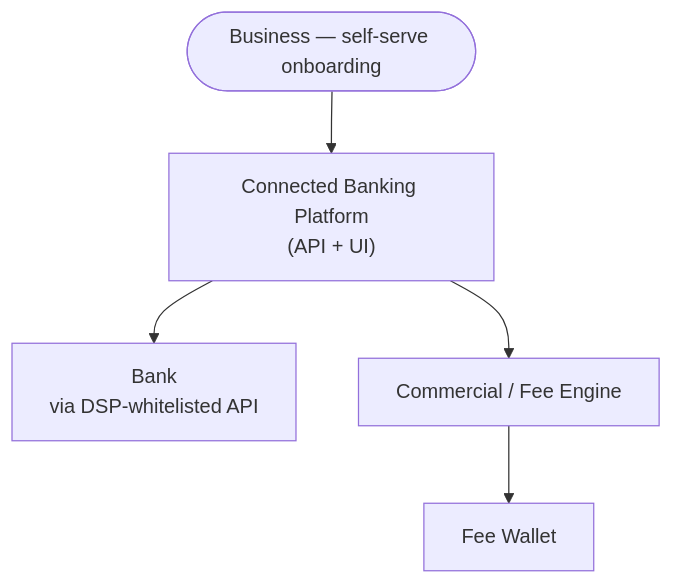
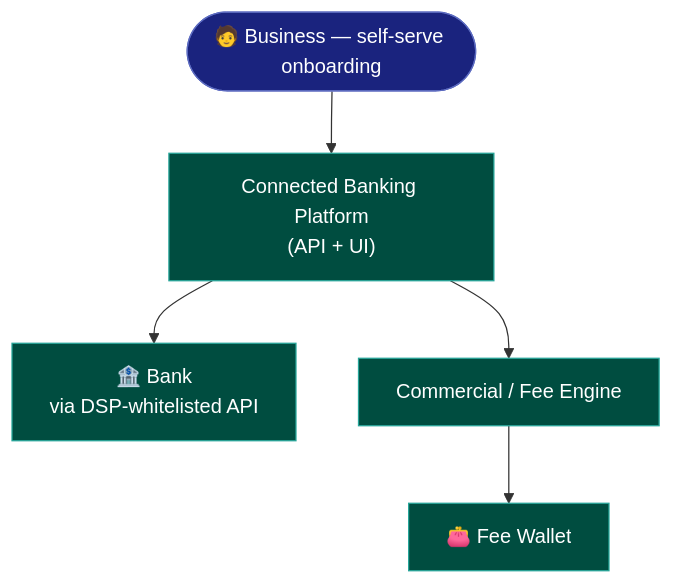
Before and after one commit to ghanendra-sdet/fintech-connected-banking-platform: the ninth of 9 diagrams in docs/architecture-and-flow.md, drawn with Mermaid. The commit also changed other lines of this file, not shown here.

Commit message:
docs: enhance architecture diagrams and generalize cross-repo testing insight

````diff
--- a/docs/architecture-and-flow.md
+++ b/docs/architecture-and-flow.md
@@ -210,7 +266,13 @@
 ```mermaid
 flowchart TD
-    Business([Business — self-serve onboarding]) --> CBP["Connected Banking Platform<br/>(API + UI)"]
-    CBP --> Bank["Bank<br/>via DSP-whitelisted API"]
+    Business(["🧑 Business — self-serve onboarding"]) --> CBP["Connected Banking Platform<br/>(API + UI)"]
+    CBP --> Bank["🏦 Bank<br/>via DSP-whitelisted API"]
     CBP --> CommE["Commercial / Fee Engine"]
-    CommE --> Wallet["Fee Wallet"]
+    CommE --> Wallet["👛 Fee Wallet"]
+
+    classDef person fill:#1a237e,color:#fff,stroke:#5c6bc0,stroke-width:1px
+    classDef service fill:#004d40,color:#fff,stroke:#26a69a,stroke-width:1px
+
+    class Business person
+    class CBP,Bank,CommE,Wallet service
 ```
````
